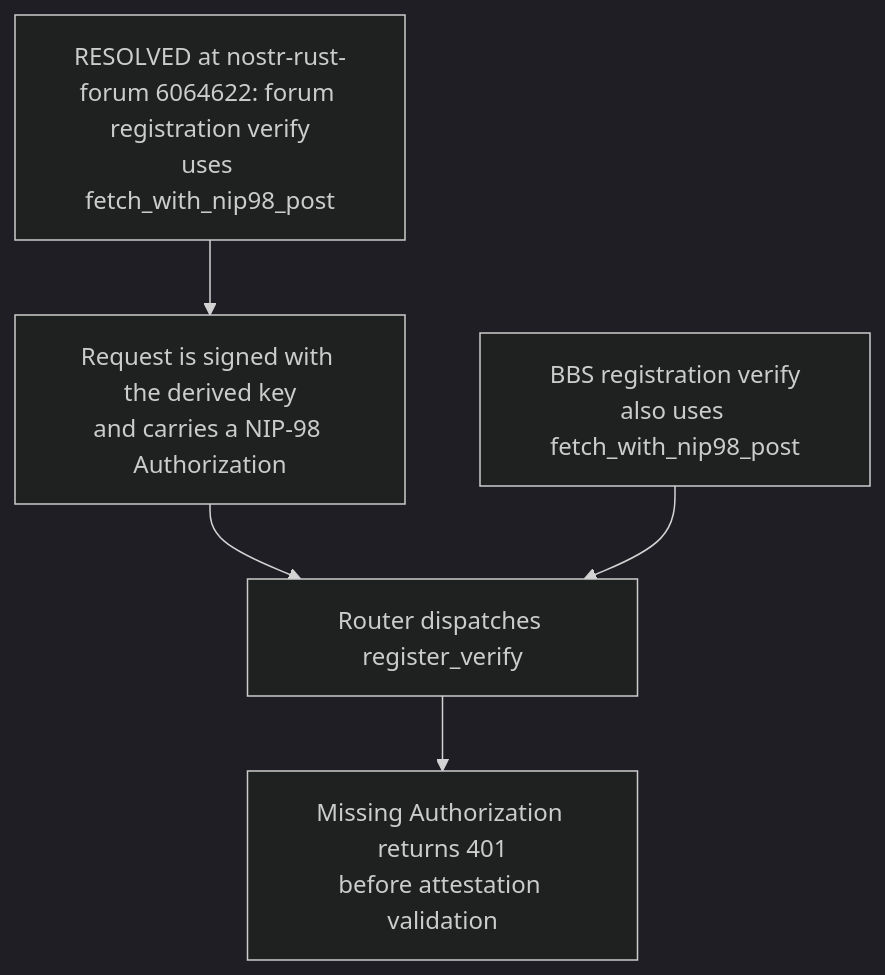
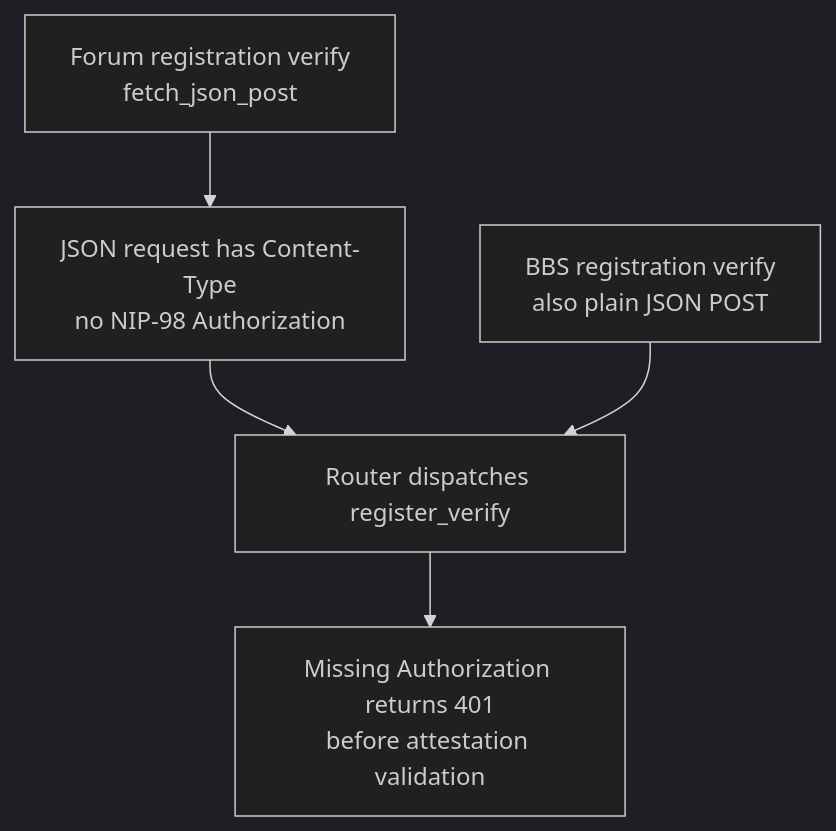
Before and after one commit to DreamLab-AI/VisionFlow: the first of 8 diagrams in docs/diagrams/nostr-rust-forum/23-passkey-client-worker-contracts.md, drawn with Mermaid (dark theme). The commit also changed other lines of this file and 18 other files, not shown here.

First line of the commit message:
docs(diagrams): successor-only repair convention and aliases in the gate; external-triage corpus fixes and register rows

````diff
--- a/docs/diagrams/nostr-rust-forum/23-passkey-client-worker-contracts.md
+++ b/docs/diagrams/nostr-rust-forum/23-passkey-client-worker-contracts.md
@@ -33,15 +35,15 @@
 ```mermaid
 flowchart TB
-    %% Source: ../nostr-rust-forum/crates/nostr-bbs-forum-client/src/auth/passkey.rs:181
-    A["RESOLVED at nostr-rust-forum 6064622: forum registration verify<br/>uses fetch_with_nip98_post"]
+    %% Source: ../nostr-rust-forum/crates/nostr-bbs-forum-client/src/auth/passkey.rs:173
+    A["Forum registration verify<br/>fetch_json_post"]
     %% Source: ../nostr-rust-forum/crates/nostr-bbs-forum-client/src/auth/http.rs:156
-    B["Request is signed with the derived key<br/>and carries a NIP-98 Authorization"]
+    B["JSON request has Content-Type<br/>no NIP-98 Authorization"]
     %% Source: ../nostr-rust-forum/crates/nostr-bbs-bbs-client/src/passkey.rs:356
-    C["BBS registration verify<br/>also uses fetch_with_nip98_post"]
-    %% Source: ../nostr-rust-forum/crates/nostr-bbs-auth-worker/src/lib.rs:260
+    C["BBS registration verify<br/>also plain JSON POST"]
+    %% Source: ../nostr-rust-forum/crates/nostr-bbs-auth-worker/src/lib.rs:259
     D["Router dispatches register_verify"]
-    %% Source: ../nostr-rust-forum/crates/nostr-bbs-auth-worker/src/webauthn.rs:893
+    %% Source: ../nostr-rust-forum/crates/nostr-bbs-auth-worker/src/webauthn.rs:836
     E["Missing Authorization returns 401<br/>before attestation validation"]
     A --> B --> D --> E
     C --> D
 ```
````
